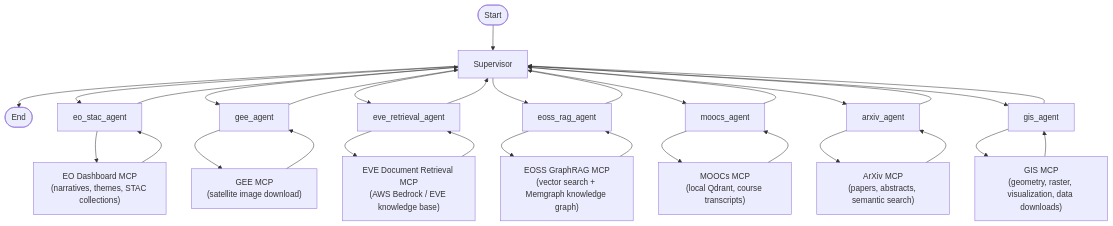
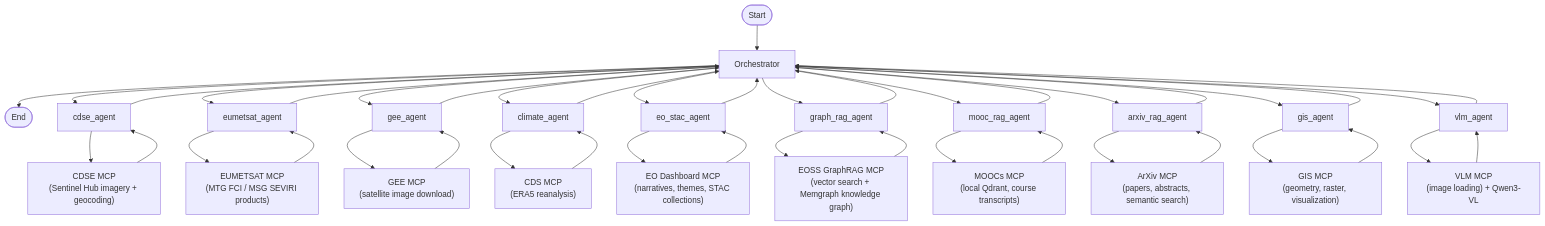
The diagram in README.md (Riccardo7-DS/agenticeoecosystem), drawn with Mermaid before and after one commit. The commit also changed other lines of this file and 10 other files, not shown here.

````diff
--- a/README.md
+++ b/README.md
@@ -38,47 +41,62 @@
 ```mermaid
 graph TD
 
     Start([Start])
     End([End])
 
-    Start --> Supervisor
+    Start --> Orchestrator
 
-    Supervisor --> EO_STAC[eo_stac_agent]
-    Supervisor --> GEE[gee_agent]
-    Supervisor --> EVE[eve_retrieval_agent]
-    Supervisor --> RAG[eoss_rag_agent]
-    Supervisor --> MOOC[moocs_agent]
-    Supervisor --> ArXiv[arxiv_agent]
-    Supervisor --> GIS[gis_agent]
+    Orchestrator --> CDSE[cdse_agent]
+    Orchestrator --> EUMETSAT[eumetsat_agent]
+    Orchestrator --> GEE[gee_agent]
+    Orchestrator --> Climate[climate_agent]
+    Orchestrator --> EO_STAC[eo_stac_agent]
+    Orchestrator --> RAG[graph_rag_agent]
+    Orchestrator --> MOOC[mooc_rag_agent]
+    Orchestrator --> ArXiv[arxiv_rag_agent]
+    Orchestrator --> GIS[gis_agent]
+    Orchestrator --> VLM[vlm_agent]
 
-    EO_STAC --> EO_MCP["EO Dashboard MCP\n(narratives, themes, STAC collections)"]
-    EO_MCP --> EO_STAC
+    CDSE --> CDSE_MCP["CDSE MCP\n(Sentinel Hub imagery + geocoding)"]
+    CDSE_MCP --> CDSE
+
+    EUMETSAT --> EUMETSAT_MCP["EUMETSAT MCP\n(MTG FCI / MSG SEVIRI products)"]
+    EUMETSAT_MCP --> EUMETSAT
 
     GEE --> GEE_MCP["GEE MCP\n(satellite image download)"]
     GEE_MCP --> GEE
 
-    EVE --> EVE_MCP["EVE Document Retrieval MCP\n(AWS Bedrock / EVE knowledge base)"]
-    EVE_MCP --> EVE
+    Climate --> CLIMATE_MCP["CDS MCP\n(ERA5 reanalysis)"]
+    CLIMATE_MCP --> Climate
+
+    EO_STAC --> EO_MCP["EO Dashboard MCP\n(narratives, themes, STAC collections)"]
+    EO_MCP --> EO_STAC
 
     RAG --> GRAPHRAG_MCP["EOSS GraphRAG MCP\n(vector search + Memgraph knowledge graph)"]
     GRAPHRAG_MCP --> RAG
 
     MOOC --> MOOC_MCP["MOOCs MCP\n(local Qdrant, course transcripts)"]
     MOOC_MCP --> MOOC
 
     ArXiv --> ARXIV_MCP["ArXiv MCP\n(papers, abstracts, semantic search)"]
     ARXIV_MCP --> ArXiv
 
-    GIS --> GIS_MCP["GIS MCP\n(geometry, raster, visualization, data downloads)"]
+    GIS --> GIS_MCP["GIS MCP\n(geometry, raster, visualization)"]
     GIS_MCP --> GIS
 
-    EO_STAC --> Supervisor
-    GEE --> Supervisor
-    EVE --> Supervisor
-    RAG --> Supervisor
-    MOOC --> Supervisor
-    ArXiv --> Supervisor
-    GIS --> Supervisor
+    VLM --> VLM_MCP["VLM MCP\n(image loading) + Qwen3-VL"]
+    VLM_MCP --> VLM
 
-    Supervisor --> End
+    CDSE --> Orchestrator
+    EUMETSAT --> Orchestrator
+    GEE --> Orchestrator
+    Climate --> Orchestrator
+    EO_STAC --> Orchestrator
+    RAG --> Orchestrator
+    MOOC --> Orchestrator
+    ArXiv --> Orchestrator
+    GIS --> Orchestrator
+    VLM --> Orchestrator
+
+    Orchestrator --> End
 ```
````
